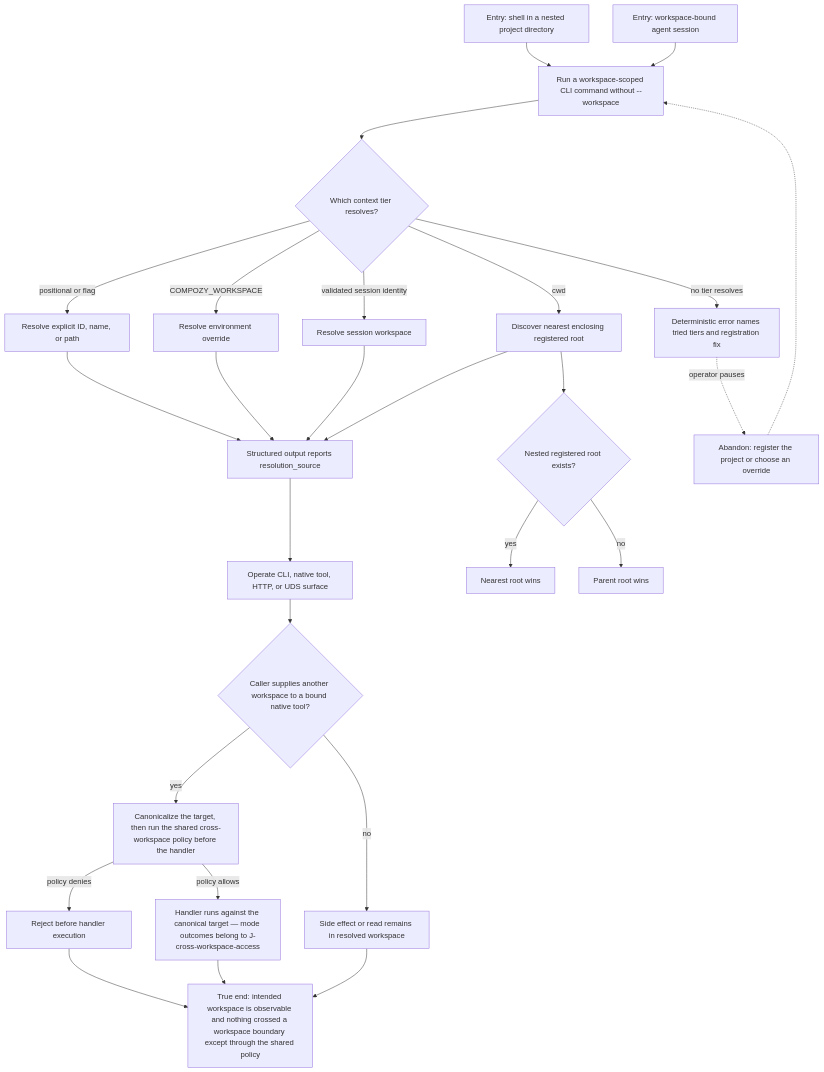
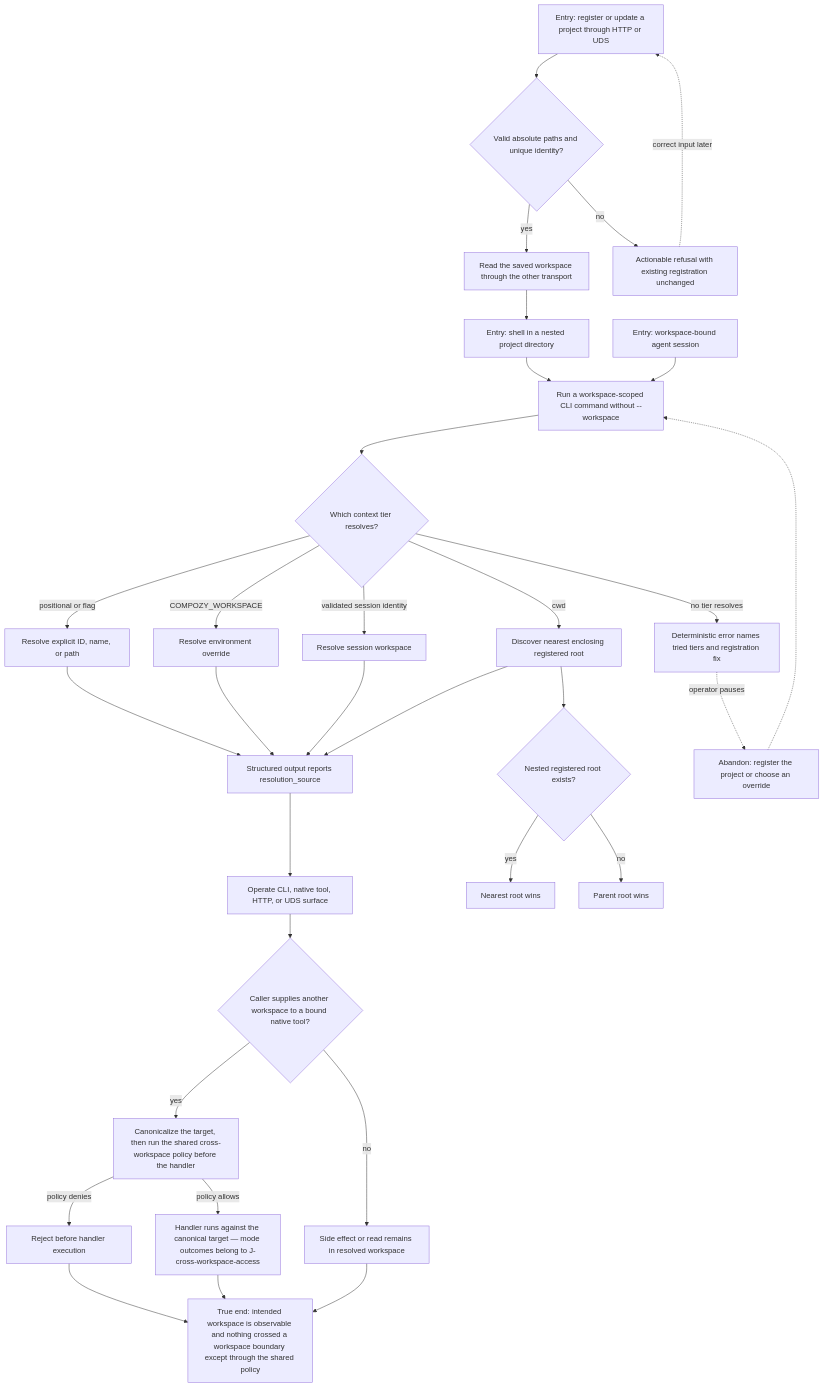
The diagram in docs/qa/journeys/J-operate-workspace-context.md (compozy/compozy), drawn with Mermaid before and after one commit. The commit also changed other lines of this file and 964 other files, not shown here.

````diff
--- a/docs/qa/journeys/J-operate-workspace-context.md
+++ b/docs/qa/journeys/J-operate-workspace-context.md
@@ -7,29 +7,34 @@
 ```mermaid
 flowchart TD
+    REG[Entry: register or update a project through HTTP or UDS] --> VALID{Valid absolute paths and unique identity?}
+    VALID -->|yes| READ[Read the saved workspace through the other transport]
+    VALID -->|no| REJECT[Actionable refusal with existing registration unchanged]
+    REJECT -.->|correct input later| REG
+    READ --> E1
     E1[Entry: shell in a nested project directory] --> C[Run a workspace-scoped CLI command without --workspace]
     E2[Entry: workspace-bound agent session] --> C
     C --> R{Which context tier resolves?}
     R -->|positional or flag| EX[Resolve explicit ID, name, or path]
     R -->|COMPOZY_WORKSPACE| ENV[Resolve environment override]
     R -->|validated session identity| SID[Resolve session workspace]
     R -->|cwd| CWD[Discover nearest enclosing registered root]
     EX --> P[Structured output reports resolution_source]
     ENV --> P
     SID --> P
     CWD --> P
     CWD --> N{Nested registered root exists?}
     N -->|yes| NEAR[Nearest root wins]
     N -->|no| PARENT[Parent root wins]
     P --> O[Operate CLI, native tool, HTTP, or UDS surface]
     O --> ISO{Caller supplies another workspace to a bound native tool?}
     ISO -->|yes| CANON[Canonicalize the target, then run the shared cross-workspace policy before the handler]
     CANON -->|policy denies| DENY[Reject before handler execution]
     CANON -->|policy allows| CROSS[Handler runs against the canonical target — mode outcomes belong to J-cross-workspace-access]
     ISO -->|no| SIDE[Side effect or read remains in resolved workspace]
     R -->|no tier resolves| ERR[Deterministic error names tried tiers and registration fix]
     ERR -.->|operator pauses| AB[Abandon: register the project or choose an override]
     AB -.-> C
     DENY --> END[True end: intended workspace is observable and nothing crossed a workspace boundary except through the shared policy]
     CROSS --> END
     SIDE --> END
 ```
````
